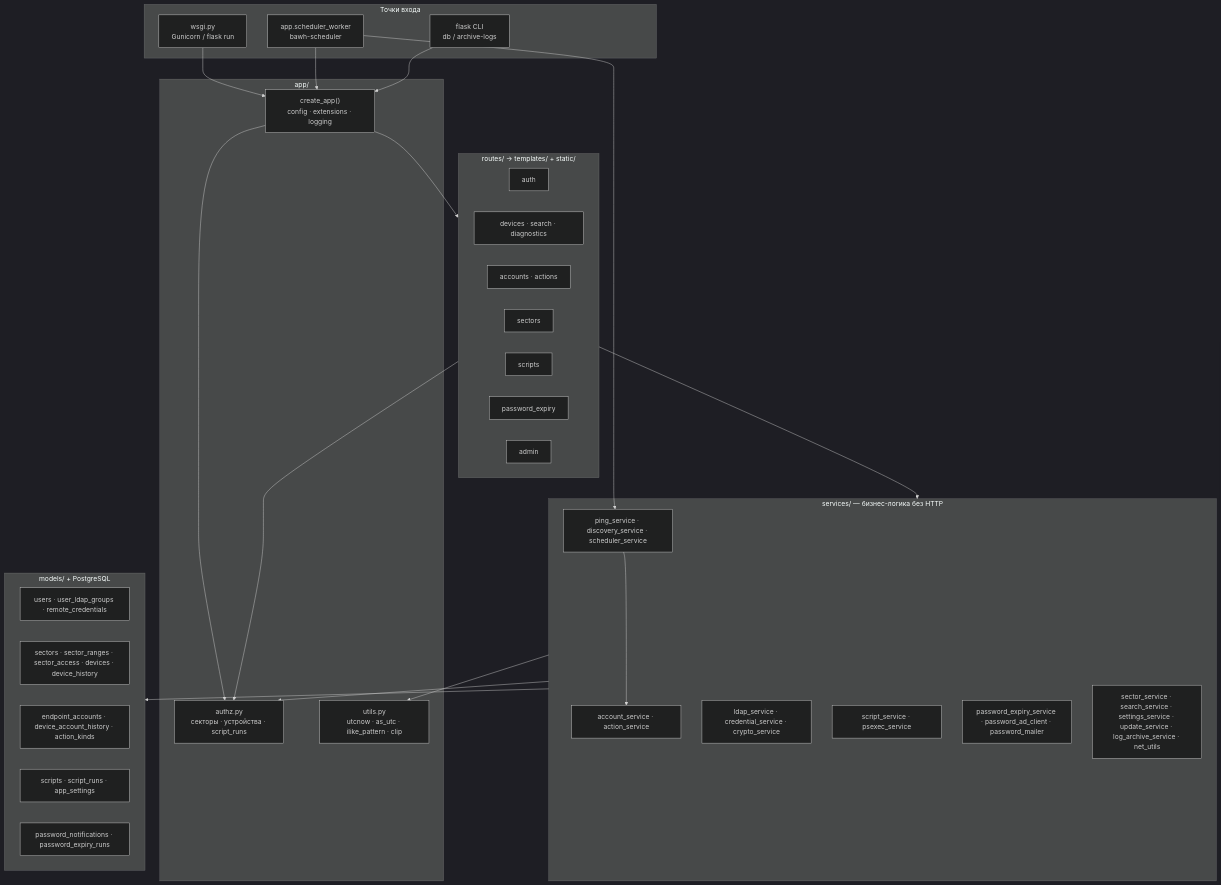
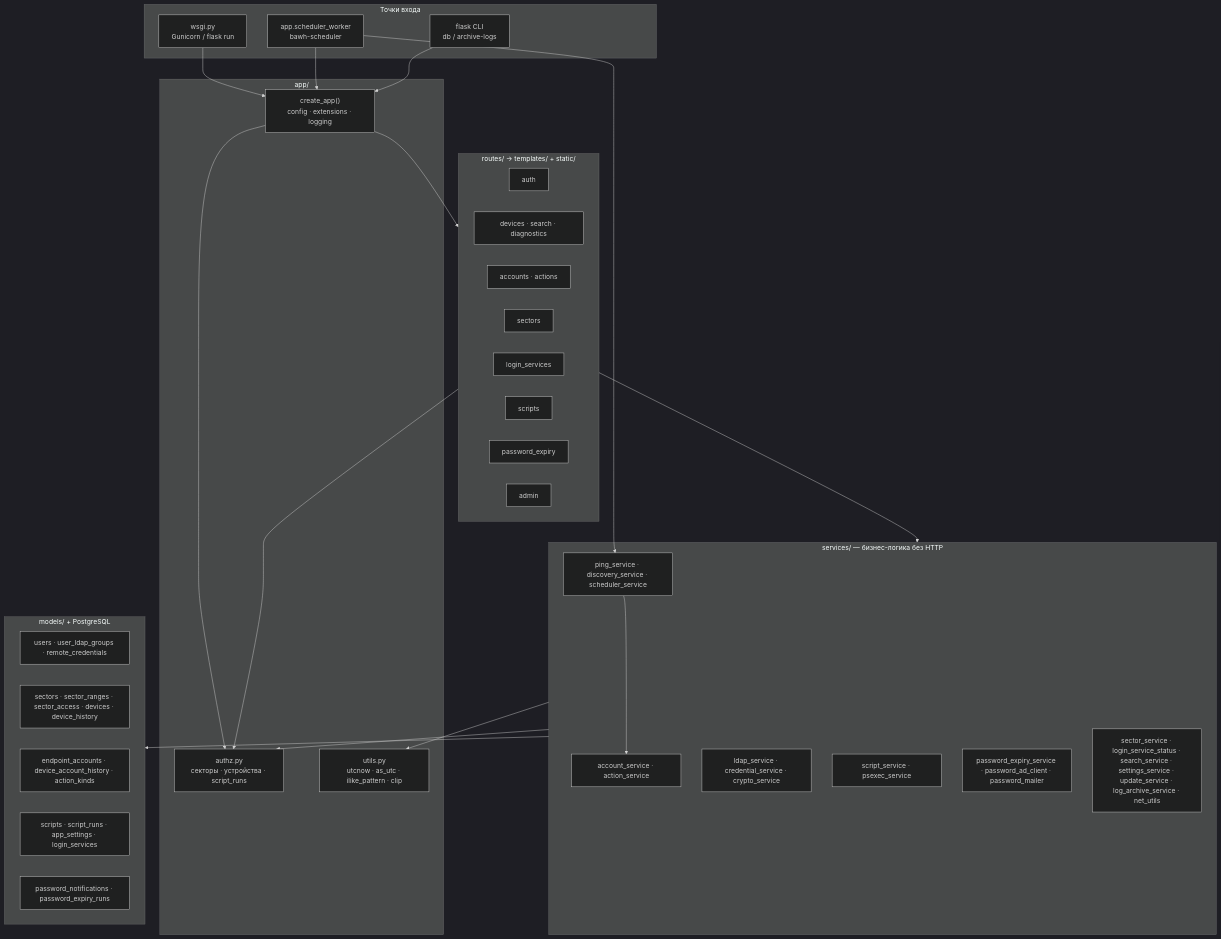
The first of 2 diagrams in docs/ARCHITECTURE.md (blazerity/admin-webhelper), drawn with Mermaid (dark theme) before and after one commit. The commit also changed other lines of this file and 17 other files, not shown here.

First line of the commit message:
Add login-screen service availability panel. (#17)

````diff
--- a/docs/ARCHITECTURE.md
+++ b/docs/ARCHITECTURE.md
@@ -7,54 +7,55 @@
 ```mermaid
 flowchart TB
   subgraph entry["Точки входа"]
     WSGI["wsgi.py<br/>Gunicorn / flask run"]
     SCHED["app.scheduler_worker<br/>bawh-scheduler"]
     CLI["flask CLI<br/>db / archive-logs"]
   end
 
   subgraph app_core["app/"]
     CREATE["create_app()<br/>config · extensions · logging"]
     AUTH["authz.py<br/>секторы · устройства · script_runs"]
     UTILS["utils.py<br/>utcnow · as_utc · ilike_pattern · clip"]
   end
 
   subgraph http["routes/ → templates/ + static/"]
     R_AUTH["auth"]
     R_DEV["devices · search · diagnostics"]
     R_ACC["accounts · actions"]
     R_SEC["sectors"]
+    R_LOGIN["login_services"]
     R_SCR["scripts"]
     R_PWD["password_expiry"]
     R_ADM["admin"]
   end
 
   subgraph services["services/ — бизнес-логика без HTTP"]
     S_POLL["ping_service · discovery_service · scheduler_service"]
     S_ACC["account_service · action_service"]
     S_ID["ldap_service · credential_service · crypto_service"]
     S_RUN["script_service · psexec_service"]
     S_PWD["password_expiry_service · password_ad_client · password_mailer"]
-    S_OTH["sector_service · search_service · settings_service · update_service · log_archive_service · net_utils"]
+    S_OTH["sector_service · login_service_status · search_service · settings_service · update_service · log_archive_service · net_utils"]
   end
 
   subgraph data["models/ + PostgreSQL"]
     M_USER["users · user_ldap_groups · remote_credentials"]
     M_NET["sectors · sector_ranges · sector_access · devices · device_history"]
     M_ACC["endpoint_accounts · device_account_history · action_kinds"]
-    M_SCR["scripts · script_runs · app_settings"]
+    M_SCR["scripts · script_runs · app_settings · login_services"]
     M_PWD["password_notifications · password_expiry_runs"]
   end
 
   WSGI --> CREATE
   SCHED --> CREATE
   CLI --> CREATE
   CREATE --> http
   CREATE --> AUTH
   http --> services
   http --> AUTH
   SCHED --> S_POLL
   services --> data
   services --> AUTH
   services --> UTILS
   S_POLL --> S_ACC
 ```
````
